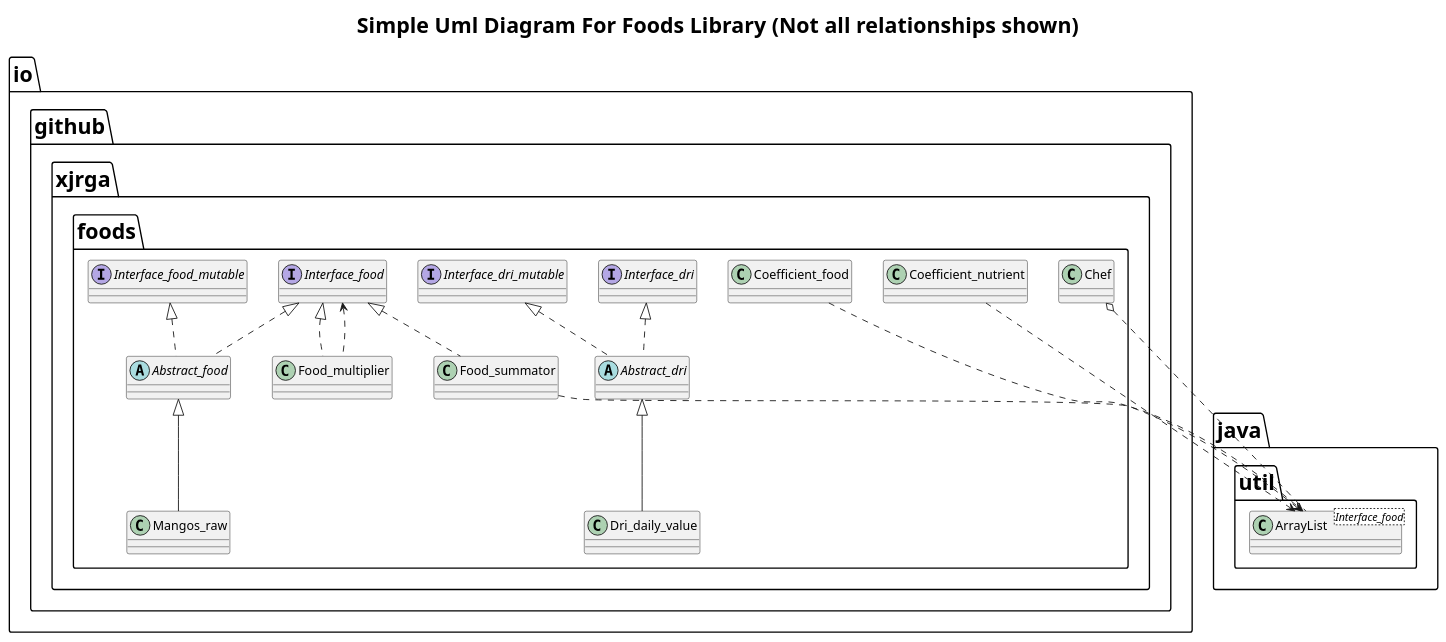
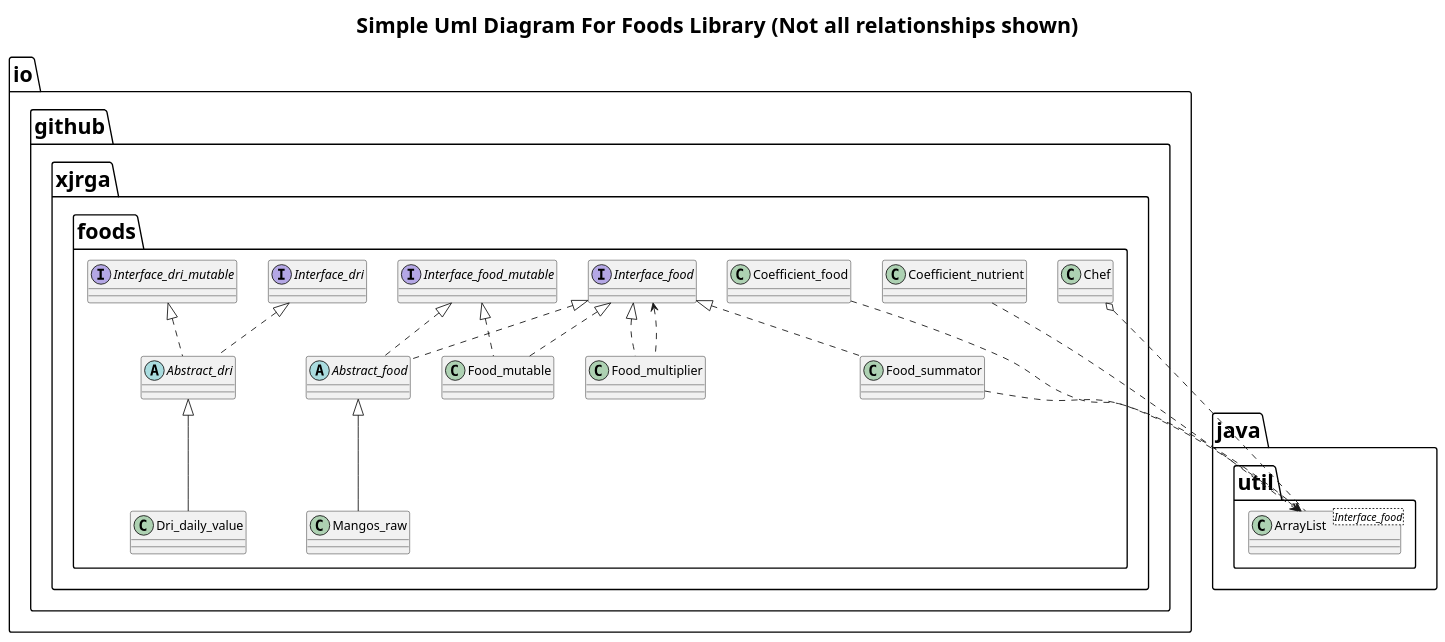
Before and after one commit to xjrga/foods: the diagram in uml.puml, drawn with PlantUML. The commit also changed 1 other file, not shown here.

Commit message:
update uml diagram

```diff
--- a/uml.puml
+++ b/uml.puml
@@ -1,27 +1,29 @@
 @startuml
 title Simple Uml Diagram For Foods Library (Not all relationships shown)
 <style>
 title {
   HorizontalAlignment center
   FontSize 24
 }
 </style>
 class java.util.ArrayList<Interface_food>
 interface io.github.xjrga.foods.Interface_dri
 interface io.github.xjrga.foods.Interface_dri_mutable
 interface io.github.xjrga.foods.Interface_food
 interface io.github.xjrga.foods.Interface_food_mutable
 abstract class io.github.xjrga.foods.Abstract_dri implements io.github.xjrga.foods.Interface_dri
 abstract class io.github.xjrga.foods.Abstract_dri implements io.github.xjrga.foods.Interface_dri_mutable
 abstract class io.github.xjrga.foods.Abstract_food implements io.github.xjrga.foods.Interface_food
 abstract class io.github.xjrga.foods.Abstract_food implements io.github.xjrga.foods.Interface_food_mutable
+class io.github.xjrga.foods.Food_mutable implements io.github.xjrga.foods.Interface_food
+class io.github.xjrga.foods.Food_mutable implements io.github.xjrga.foods.Interface_food_mutable
 class io.github.xjrga.foods.Food_multiplier implements io.github.xjrga.foods.Interface_food
 class io.github.xjrga.foods.Food_summator implements io.github.xjrga.foods.Interface_food
 class io.github.xjrga.foods.Mangos_raw extends io.github.xjrga.foods.Abstract_food
 class io.github.xjrga.foods.Dri_daily_value extends io.github.xjrga.foods.Abstract_dri
 io.github.xjrga.foods.Interface_food <.. io.github.xjrga.foods.Food_multiplier
 io.github.xjrga.foods.Food_summator ..> java.util.ArrayList 
 io.github.xjrga.foods.Coefficient_food ..> java.util.ArrayList 
 io.github.xjrga.foods.Coefficient_nutrient ..> java.util.ArrayList
 io.github.xjrga.foods.Chef o.. java.util.ArrayList
 @enduml
```
